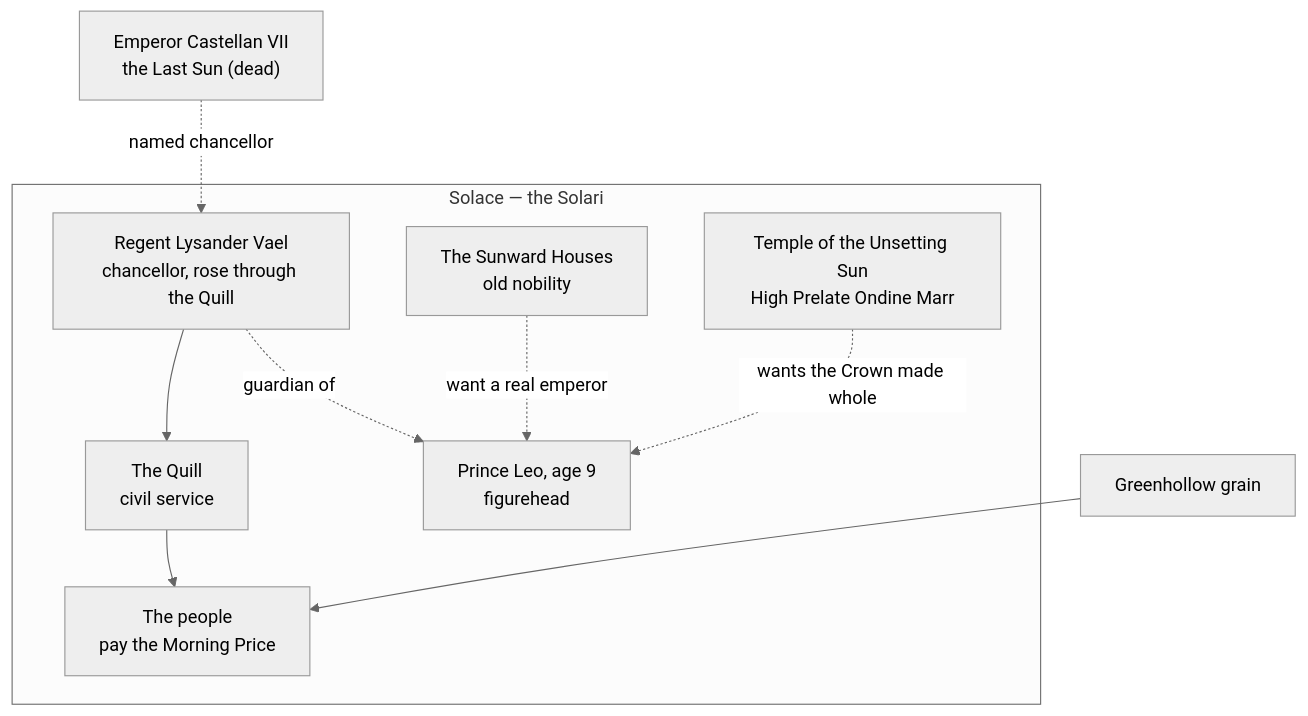
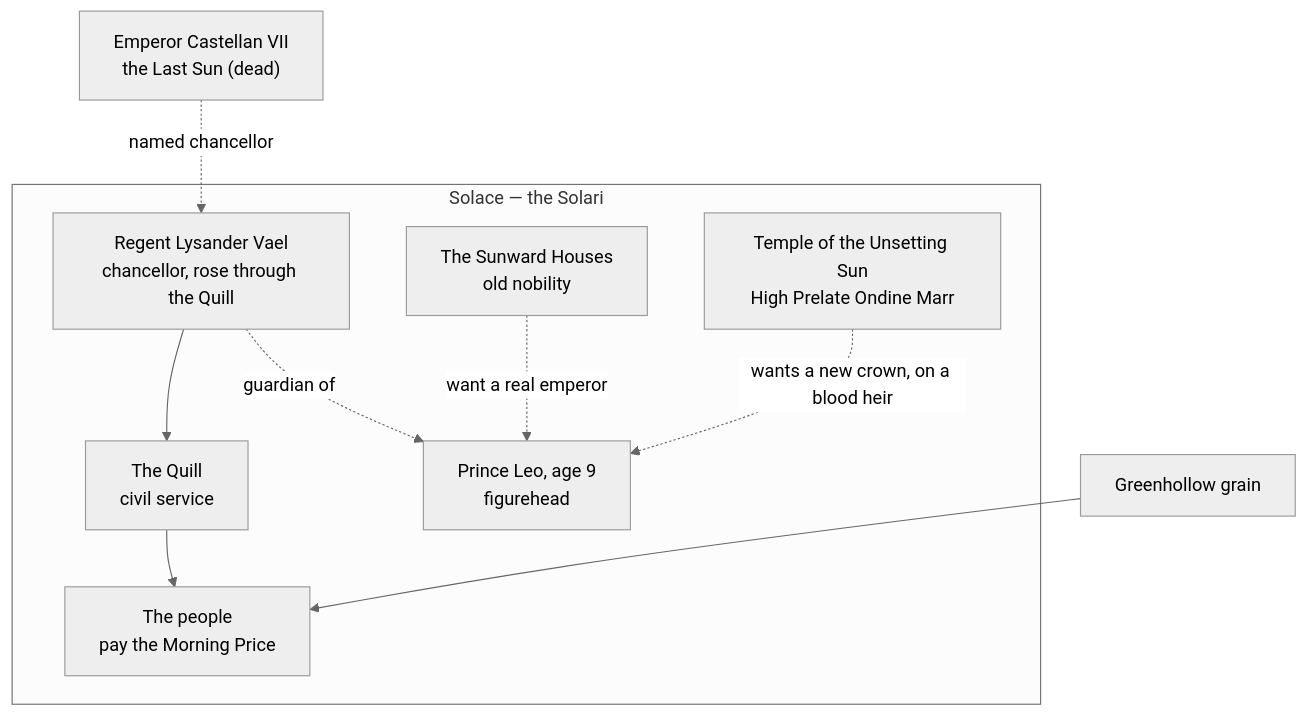
Before and after one commit to bniem-ops/calderra: the diagram in world/factions/regency.md, drawn with Mermaid (neutral theme). The commit also changed other lines of this file and 14 other files, not shown here.

````diff
--- a/world/factions/regency.md
+++ b/world/factions/regency.md
@@ -30,19 +30,19 @@
 ```mermaid
 flowchart TD
     E["Emperor Castellan VII<br/>the Last Sun (dead)"]
     subgraph S["Solace — the Solari"]
         L["Regent Lysander Vael<br/>chancellor, rose through the Quill"]
         A["Prince Leo, age 9<br/>figurehead"]
         Q["The Quill<br/>civil service"]
         SH["The Sunward Houses<br/>old nobility"]
         T["Temple of the Unsetting Sun<br/>High Prelate Ondine Marr"]
         P["The people<br/>pay the Morning Price"]
         L --> Q
         L -.-> |guardian of| A
         SH -.-> |want a real emperor| A
-        T -.-> |wants the Crown made whole| A
+        T -.-> |wants a new crown, on a blood heir| A
         Q --> P
     end
     E -.-> |named chancellor| L
     GH["Greenhollow grain"] --> P
 ```
````
